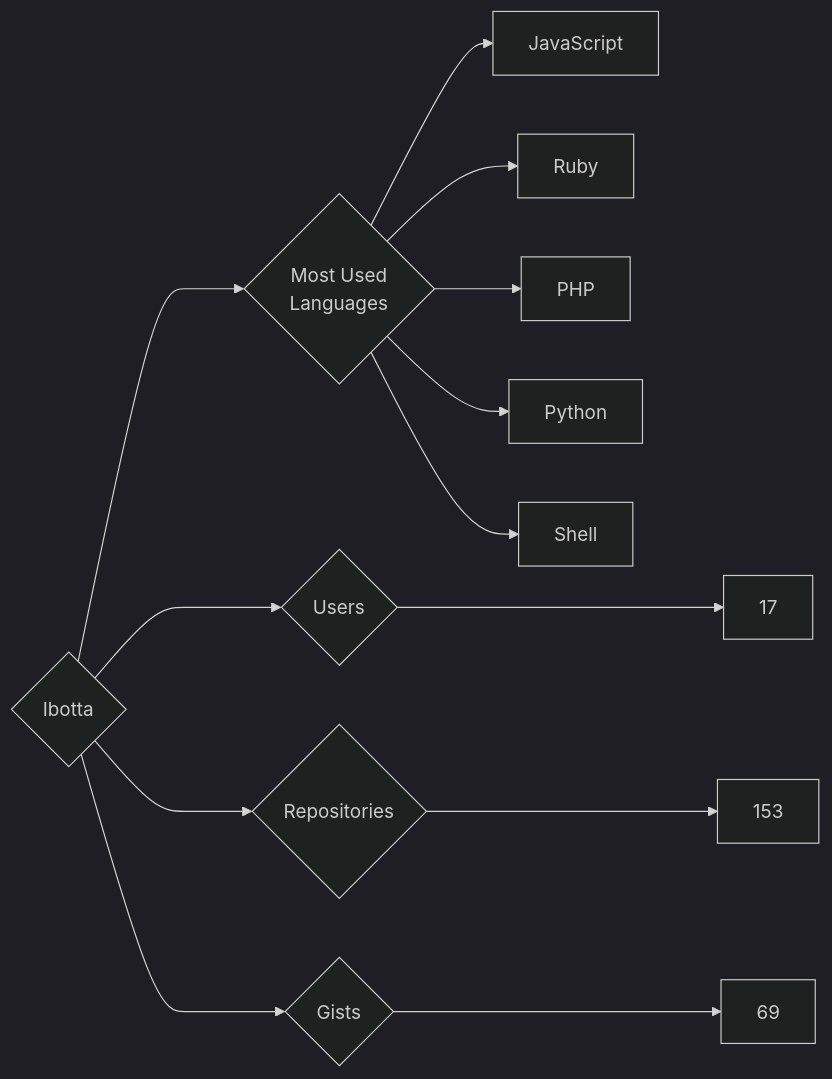
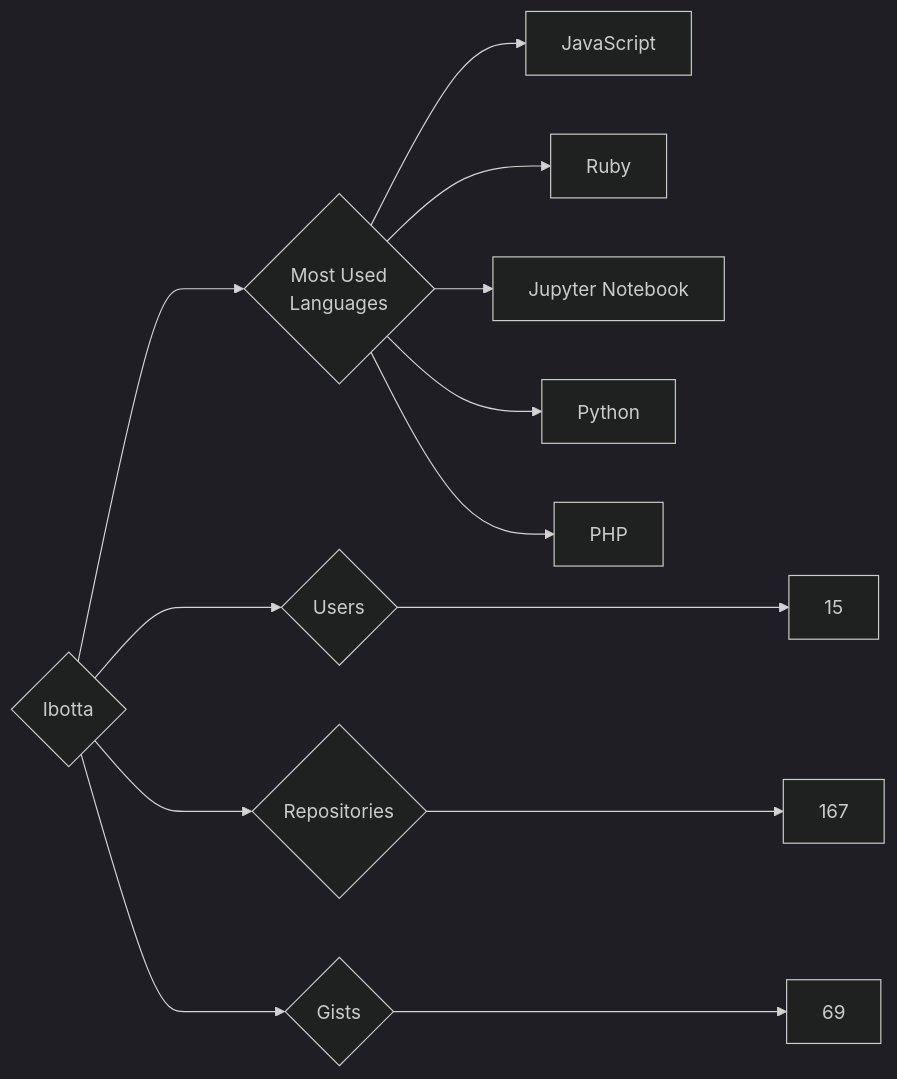
One commit to trickest/insiders changed the diagram in targets/Ibotta/README.md. Above: the diagram before and after it, drawn with Mermaid (dark theme). The commit also changed 1195 other files, not shown here.

````diff
--- a/targets/Ibotta/README.md
+++ b/targets/Ibotta/README.md
@@ -3,13 +3,13 @@
 ```mermaid
 graph LR
 COMPANY_NAME{Ibotta}
-COMPANY_NAME ---> U{Users} ---> UN[17]
-COMPANY_NAME ---> R{Repositories} ---> RN[153]
+COMPANY_NAME ---> U{Users} ---> UN[15]
+COMPANY_NAME ---> R{Repositories} ---> RN[167]
 COMPANY_NAME ---> G{Gists} ---> GN[69]
 COMPANY_NAME ---> ML{Most Used<br>Languages}
 ML --> JavaScript[JavaScript]
 ML --> Ruby[Ruby]
+ML --> Jupyter_Notebook[Jupyter Notebook]
+ML --> Python[Python]
 ML --> PHP[PHP]
-ML --> Python[Python]
-ML --> Shell[Shell]
 ```
````
